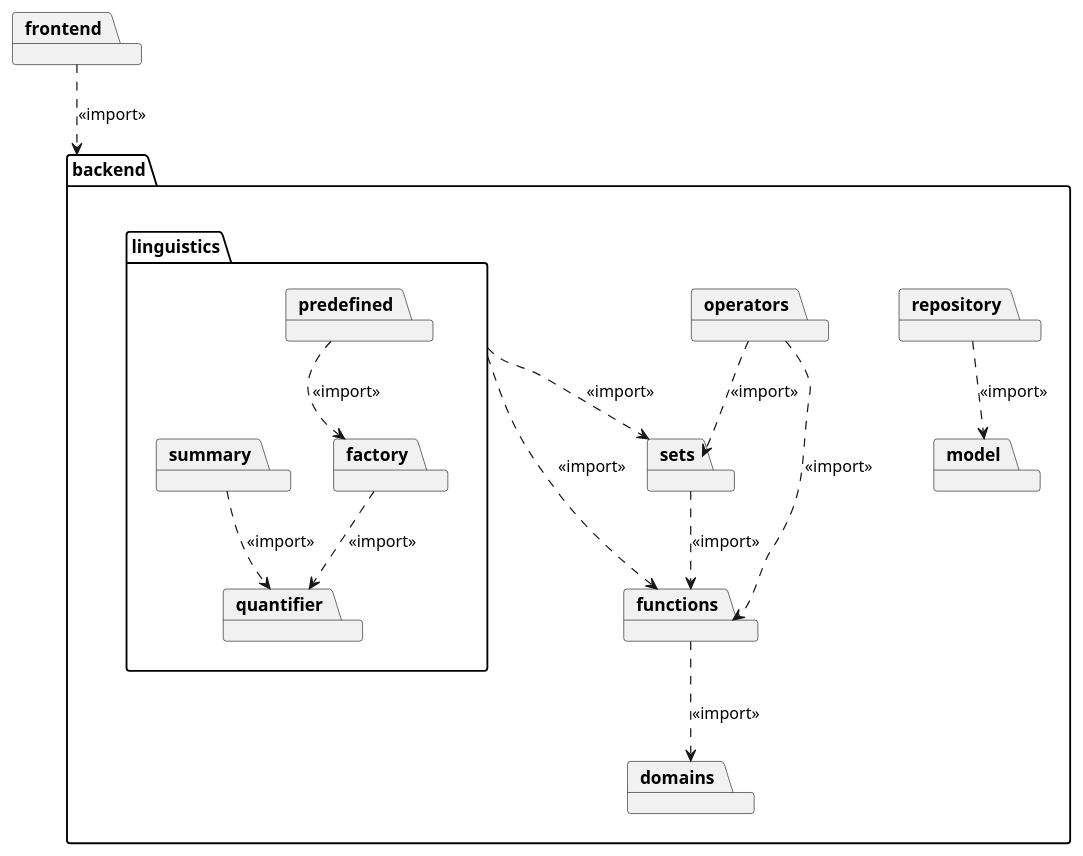
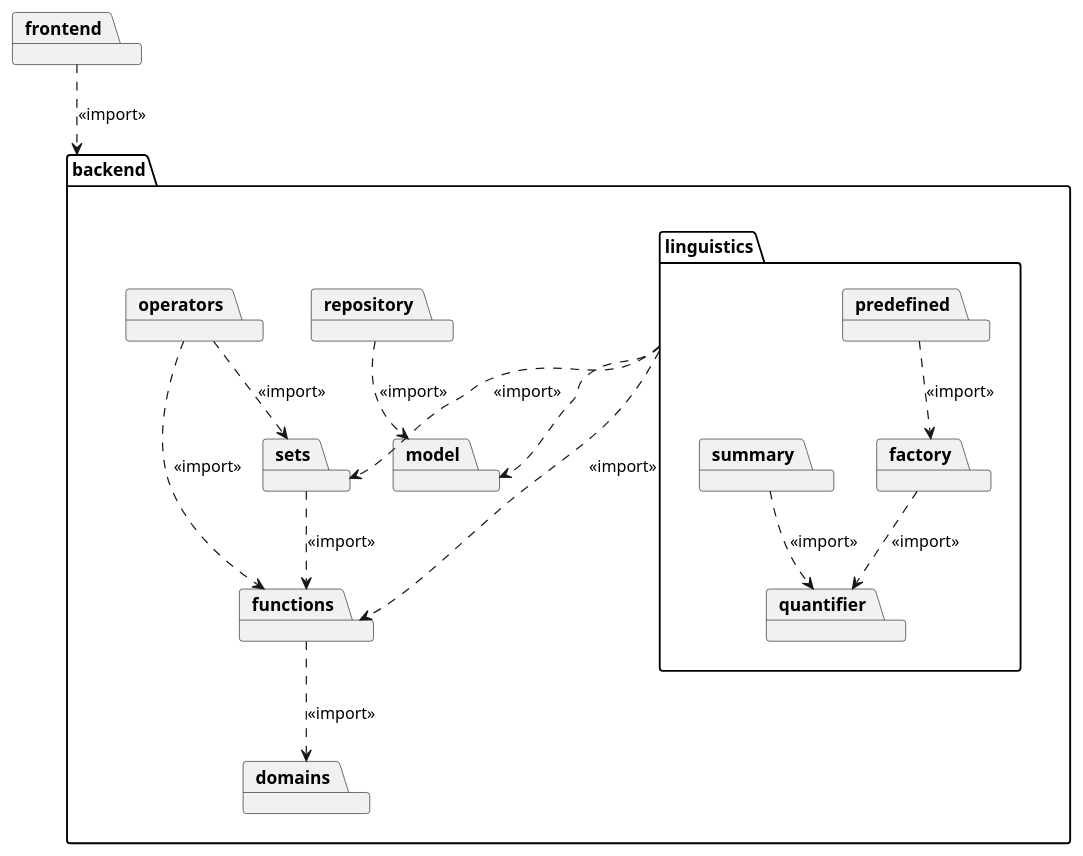
One commit to kambed/Computer-Recognition-Systems changed the first of 9 diagrams in task2/README.md. Above: the diagram before and after it, drawn with PlantUML. The commit also changed other lines of this file, not shown here.

Commit message:
Add Repository and model connections

````diff
--- a/task2/README.md
+++ b/task2/README.md
@@ -13,31 +13,32 @@
 ```plantuml
 package backend {
     package functions
     package domains
     package model
     package repository
     package sets
     package operators
     package linguistics {
         package factory
         package predefined
         package quantifier
         package summary
         predefined ..> factory: <<import>>
         factory ..> quantifier: <<import>>
         summary ..> quantifier: <<import>>
     }
     
     functions ..> domains: <<import>> 
     repository ..> model: <<import>>
     operators ..> sets: <<import>>
     operators ..> functions: <<import>>
     sets ..> functions: <<import>>
     
     linguistics ..> functions: <<import>>
     linguistics ..> sets: <<import>>
+    linguistics ..> model
 }
 package frontend {
 }
 frontend ..> backend: <<import>>
 ```
````
